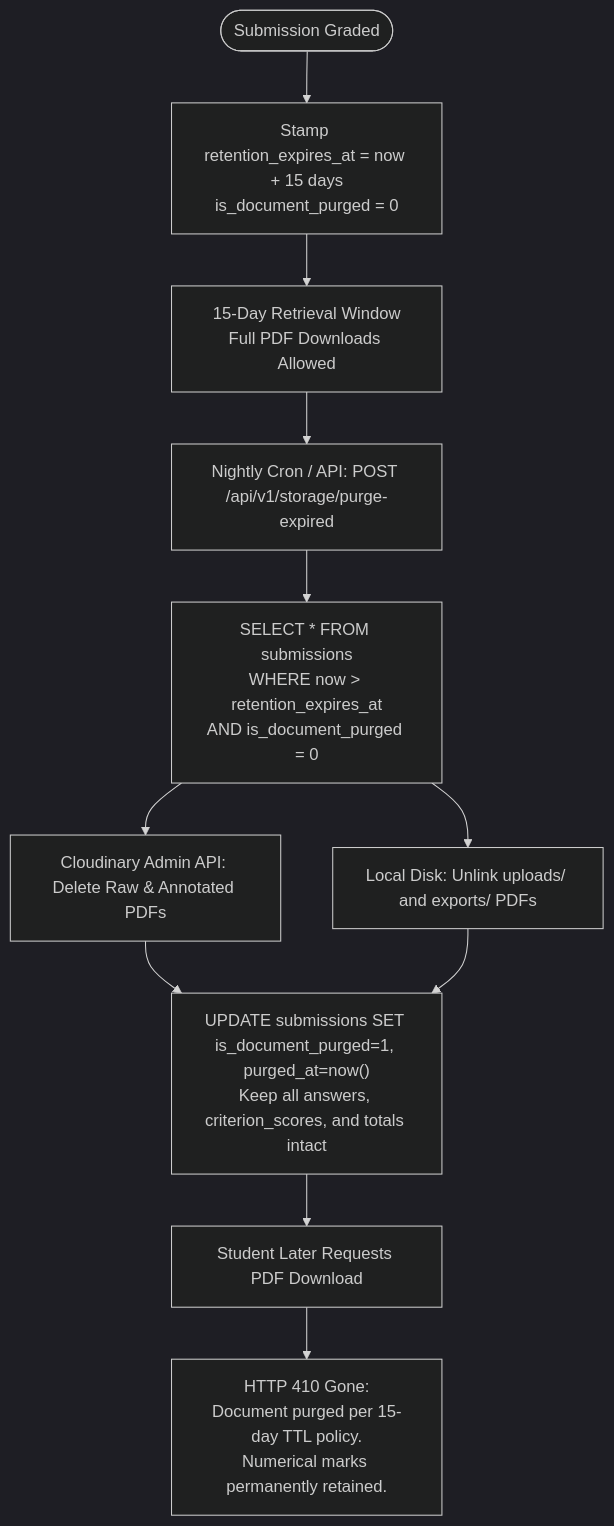
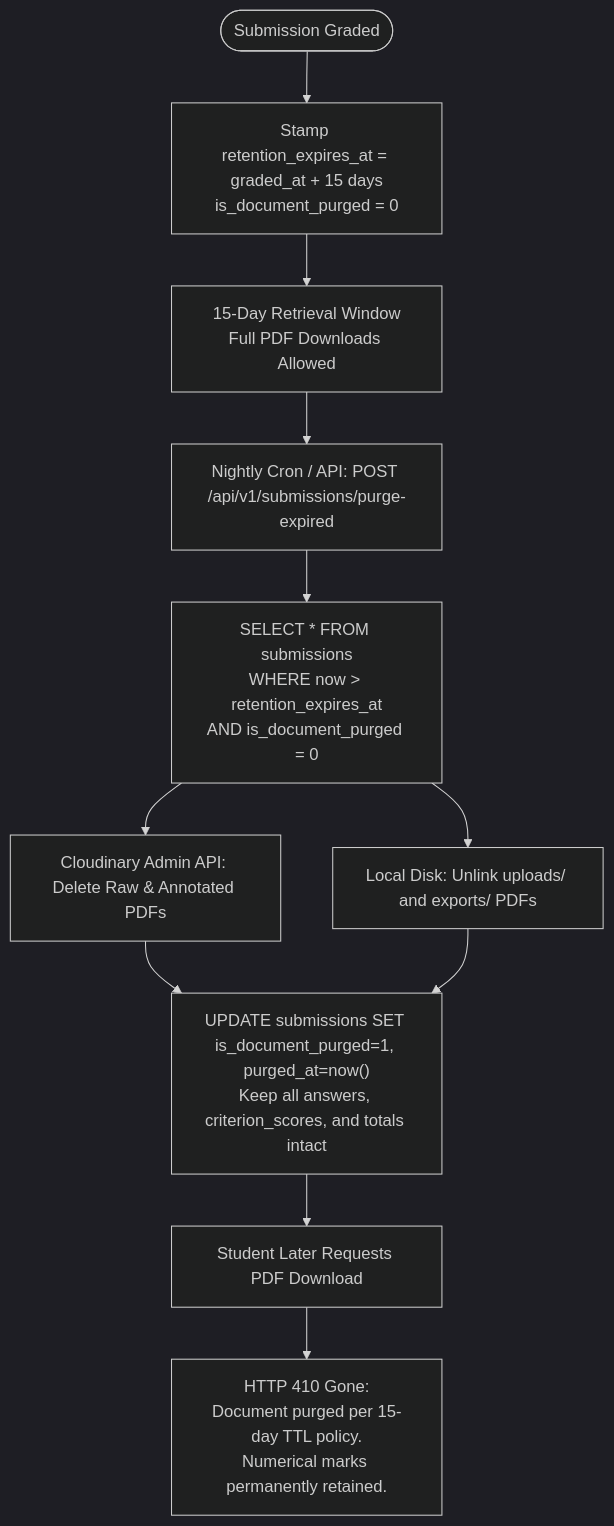
One commit to T4RuN05/papergrade.ai changed the tenth of 14 diagrams in README.md. Above: the diagram before and after it, drawn with Mermaid (dark theme). The commit also changed other lines of this file, not shown here.

Commit message:
docs: reconcile all architectural contradictions across models, schemas, routers, and storage

````diff
--- a/README.md
+++ b/README.md
@@ -502,17 +502,17 @@
 ```mermaid
 flowchart TD
-    Graded(["Submission Graded"]) --> StampTTL["Stamp retention_expires_at = now + 15 days<br/>is_document_purged = 0"]
+    Graded(["Submission Graded"]) --> StampTTL["Stamp retention_expires_at = graded_at + 15 days<br/>is_document_purged = 0"]
     StampTTL --> ActiveWindow["15-Day Retrieval Window<br/>Full PDF Downloads Allowed"]
     
-    ActiveWindow --> PurgeSweep["Nightly Cron / API: POST /api/v1/storage/purge-expired"]
+    ActiveWindow --> PurgeSweep["Nightly Cron / API: POST /api/v1/submissions/purge-expired"]
     PurgeSweep --> ScanDB["SELECT * FROM submissions<br/>WHERE now &gt; retention_expires_at<br/>AND is_document_purged = 0"]
     
     ScanDB --> CloudPurge["Cloudinary Admin API: Delete Raw & Annotated PDFs"]
     ScanDB --> DiskPurge["Local Disk: Unlink uploads/ and exports/ PDFs"]
     
     CloudPurge --> UpdateDB["UPDATE submissions SET is_document_purged=1, purged_at=now()<br/>Keep all answers, criterion_scores, and totals intact"]
     DiskPurge --> UpdateDB
     
     UpdateDB --> FutureReq["Student Later Requests PDF Download"]
     FutureReq --> Return410["HTTP 410 Gone:<br/>Document purged per 15-day TTL policy.<br/>Numerical marks permanently retained."]
 ```
````
